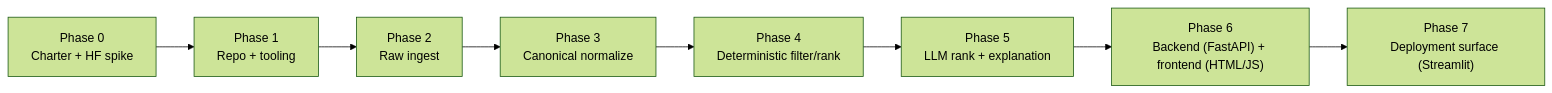
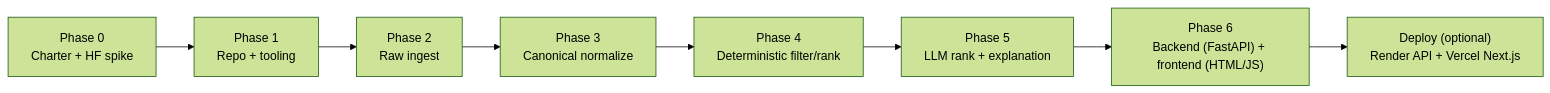
Before and after one commit to ArpitDumka/Zomato_Restaurant_Recommendation: the second of 3 diagrams in Docs/PhaseWiseArchitecture.md, drawn with Mermaid (forest theme). The commit also changed other lines of this file and 11 other files, not shown here.

Commit message:
feat: Render/Vercel deployment, remove Streamlit, CORS and Blueprint for production

````diff
--- a/Docs/PhaseWiseArchitecture.md
+++ b/Docs/PhaseWiseArchitecture.md
@@ -62,10 +62,10 @@
 ```mermaid
 flowchart LR
   P0["Phase 0<br/>Charter + HF spike"] --> P1["Phase 1<br/>Repo + tooling"]
   P1 --> P2["Phase 2<br/>Raw ingest"]
   P2 --> P3["Phase 3<br/>Canonical normalize"]
   P3 --> P4["Phase 4<br/>Deterministic filter/rank"]
   P4 --> P5["Phase 5<br/>LLM rank + explanation"]
   P5 --> P6["Phase 6<br/>Backend (FastAPI) + frontend (HTML/JS)"]
-  P6 --> P7["Phase 7<br/>Deployment surface (Streamlit)"]
+  P6 --> P7["Deploy (optional)<br/>Render API + Vercel Next.js"]
 ```
````
